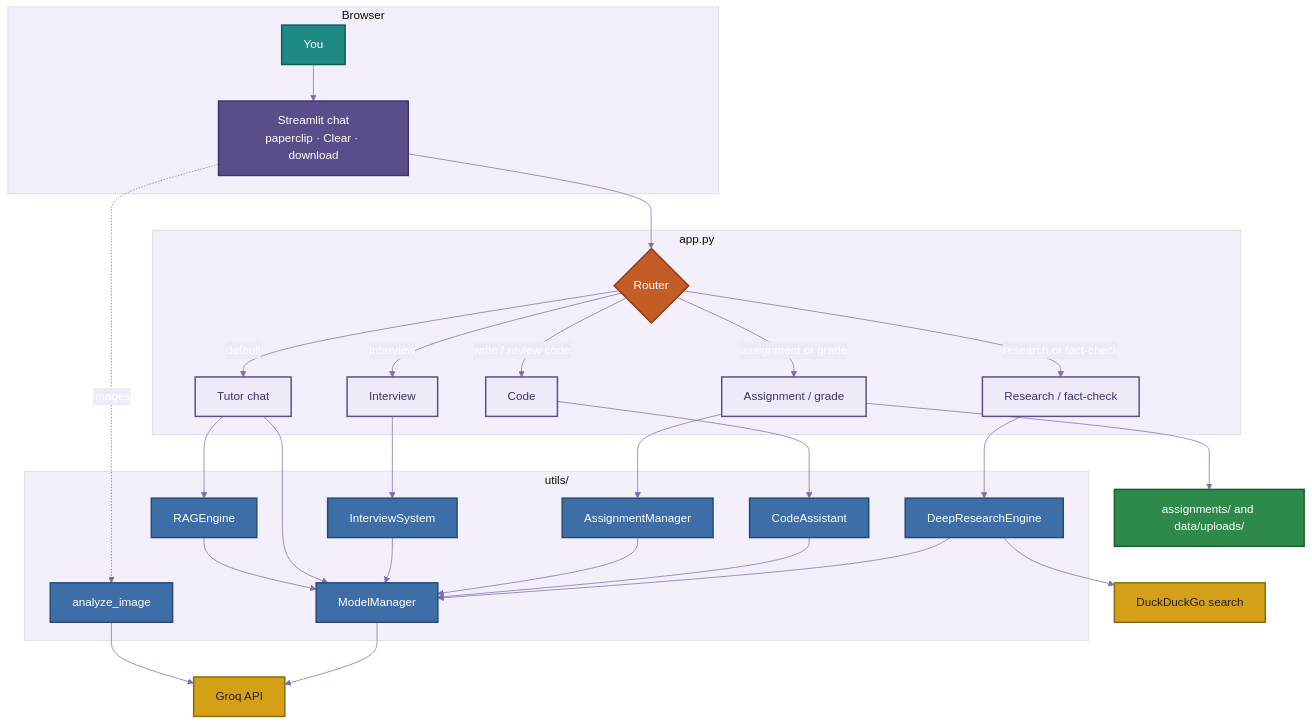
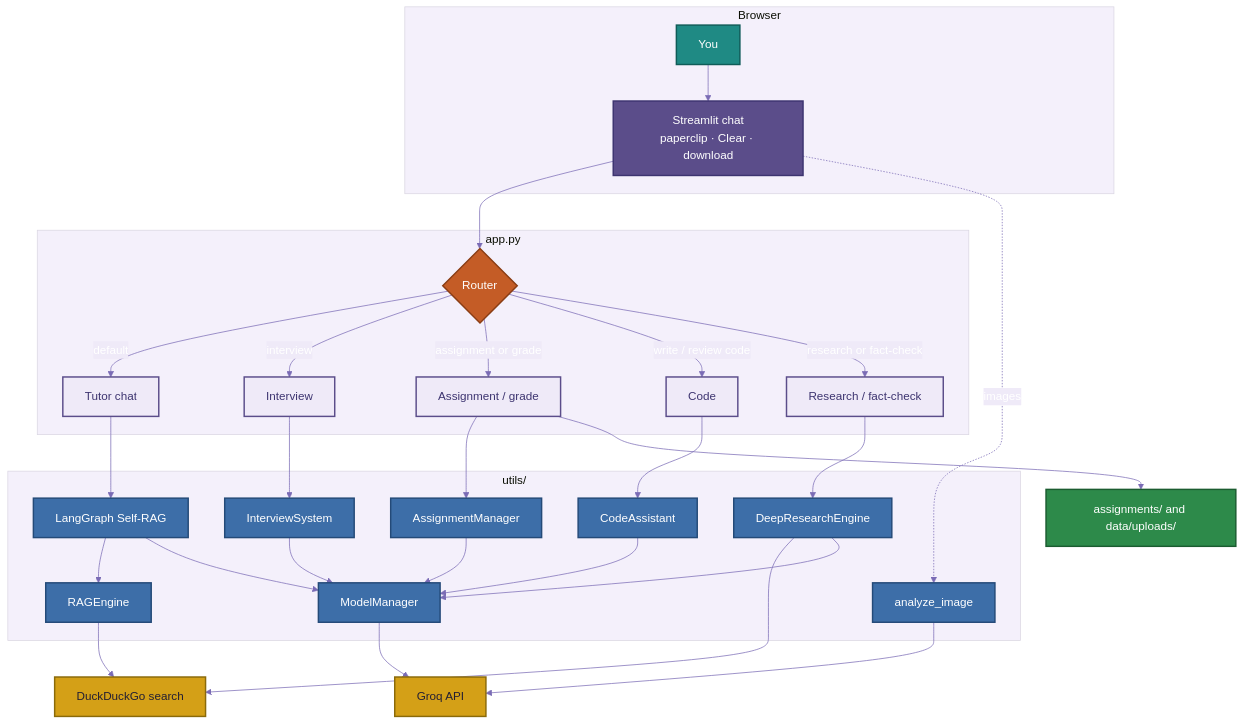
The first of 4 diagrams in README.md (Hisingh11/data-science-tutor), drawn with Mermaid before and after one commit. The commit also changed other lines of this file and 10 other files, not shown here.

Commit message:
Implement LangGraph Self-RAG and interview improvements

````diff
--- a/README.md
+++ b/README.md
@@ -78,76 +79,79 @@
 ```mermaid
 %%{init: {
   "theme": "base",
   "themeVariables": {
     "primaryColor": "#5b4d8a",
     "primaryTextColor": "#ffffff",
     "primaryBorderColor": "#3d3470",
     "lineColor": "#7a6bb5",
     "secondaryColor": "#efeaf8",
     "tertiaryColor": "#f4f0fb",
     "fontFamily": "Segoe UI, sans-serif"
   }
 }}%%
 flowchart TB
   subgraph Client["Browser"]
     U["You"]
     UI["Streamlit chat<br/>paperclip · Clear · download"]
   end
 
   subgraph App["app.py"]
     R{"Router"}
     CHAT["Tutor chat"]
     IV["Interview"]
     AS["Assignment / grade"]
     CD["Code"]
     RS["Research / fact-check"]
   end
 
   subgraph Tools["utils/"]
     MM["ModelManager"]
     RAG["RAGEngine"]
+    SELF["LangGraph Self-RAG"]
     INT["InterviewSystem"]
     ASM["AssignmentManager"]
     CA["CodeAssistant"]
     DR["DeepResearchEngine"]
     VIS["analyze_image"]
   end
 
   G["Groq API"]
   WEB["DuckDuckGo search"]
   DISK["assignments/ and data/uploads/"]
 
   U --> UI --> R
   R -->|default| CHAT
   R -->|interview| IV
   R -->|assignment or grade| AS
   R -->|write / review code| CD
   R -->|research or fact-check| RS
 
-  CHAT --> RAG --> MM
-  CHAT --> MM
+  CHAT --> SELF
+  SELF --> RAG
+  SELF --> MM
+  RAG --> WEB
   IV --> INT --> MM
   AS --> ASM --> MM
   AS --> DISK
   CD --> CA --> MM
   RS --> DR --> WEB
   DR --> MM
   UI -.->|images| VIS --> G
   MM --> G
 
   classDef user fill:#1f8a84,stroke:#0f5c58,color:#fff,stroke-width:2px
   classDef ui fill:#5b4d8a,stroke:#3d3470,color:#fff,stroke-width:2px
   classDef route fill:#c45c26,stroke:#8a3d14,color:#fff,stroke-width:2px
   classDef mode fill:#efeaf8,stroke:#5b4d8a,color:#3d3470,stroke-width:2px
   classDef util fill:#3d6ea8,stroke:#244a78,color:#fff,stroke-width:2px
   classDef ext fill:#d4a017,stroke:#8a6a0a,color:#241f33,stroke-width:2px
   classDef disk fill:#2d8a4a,stroke:#1b5c30,color:#fff,stroke-width:2px
 
   class U user
   class UI ui
   class R route
   class CHAT,IV,AS,CD,RS mode
-  class MM,RAG,INT,ASM,CA,DR,VIS util
+  class MM,RAG,SELF,INT,ASM,CA,DR,VIS util
   class G,WEB ext
   class DISK disk
 ```
````
